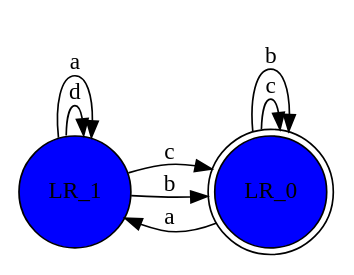
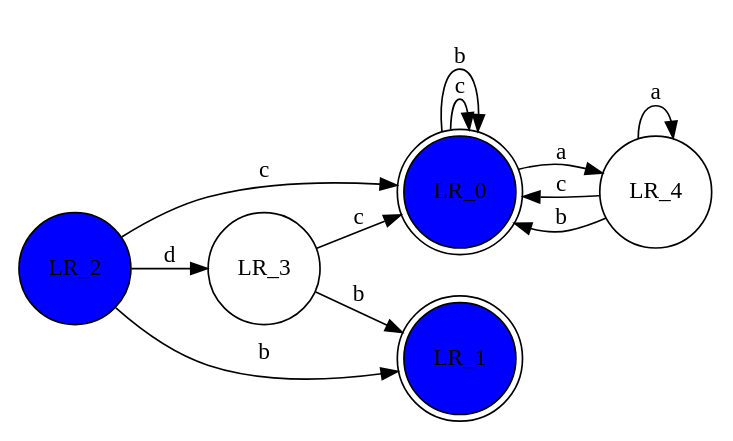
The second of 2 diagrams in design/0x03自动机理论准备.md (whtoo/regex), drawn with Graphviz before and after one commit. The commit also changed other lines of this file, not shown here.

````diff
--- a/design/0x03自动机理论准备.md
+++ b/design/0x03自动机理论准备.md
@@ -64,20 +61,22 @@
 ```graphviz
 digraph G {
 rankdir = LR;
 size = "8,5";
 node [shape=circle];
-LR_1 [style=filled,fillcolor = blue]
-LR_1 -> LR_1 [label="d"];
-LR_1 -> LR_0 [label="c"];
-LR_1 -> LR_0 [label="b"];
-LR_1 -> LR_1 [label="a"];
-LR_1 [style=filled,fillcolor = blue]
+LR_2 [style=filled,fillcolor = blue]
+LR_2 -> LR_3 [label="d"];
+LR_2 -> LR_0 [label="c"];
+LR_2 -> LR_1 [label="b"];
+LR_3 -> LR_0 [label="c"];
+LR_3 -> LR_1 [label="b"];
 LR_0 [shape=doublecircle,style=filled,fillcolor = blue];
 LR_0 -> LR_0 [label="c"];
-LR_0 -> LR_1 [label="a"];
+LR_0 -> LR_4 [label="a"];
 LR_0 -> LR_0 [label="b"];
-LR_1 [style=filled,fillcolor = blue]
-LR_1 [style=filled,fillcolor = blue]
+LR_1 [shape=doublecircle,style=filled,fillcolor = blue];
+LR_4 -> LR_0 [label="c"];
+LR_4 -> LR_4 [label="a"];
+LR_4 -> LR_0 [label="b"];
 
 }
 ```
````
